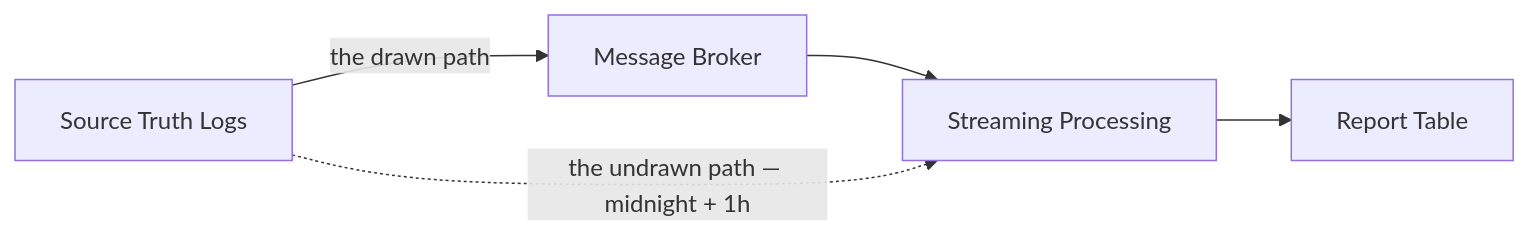
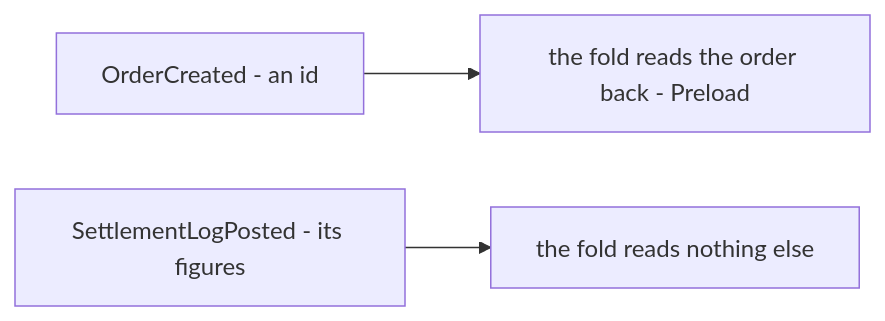
One commit to pdcgo/warehouse_revamp changed the third of 4 diagrams in docs/business/analytic/context_clarify.md. Above: the diagram before and after it, drawn with Mermaid. The commit also changed other lines of this file and 346 other files, not shown here.

First line of the commit message:
feat(analytic): the graph and its Table/Graph tabs, metrics/suppliers on the contract — with the order, liability and shipment work in flight

````diff
--- a/docs/business/analytic/context_clarify.md
+++ b/docs/business/analytic/context_clarify.md
@@ -80,7 +103,5 @@
 ```mermaid
 flowchart LR
-  src["Source Truth Logs"] -->|"the drawn path"| msg["Message Broker"]
-  msg --> stream["Streaming Processing"]
-  stream --> report["Report Table"]
-  src -.->|"the undrawn path — midnight + 1h"| stream
+  thin["OrderCreated - an id"] --> pre["the fold reads the order back - Preload"]
+  fat["SettlementLogPosted - its figures"] --> fold["the fold reads nothing else"]
 ```
````
